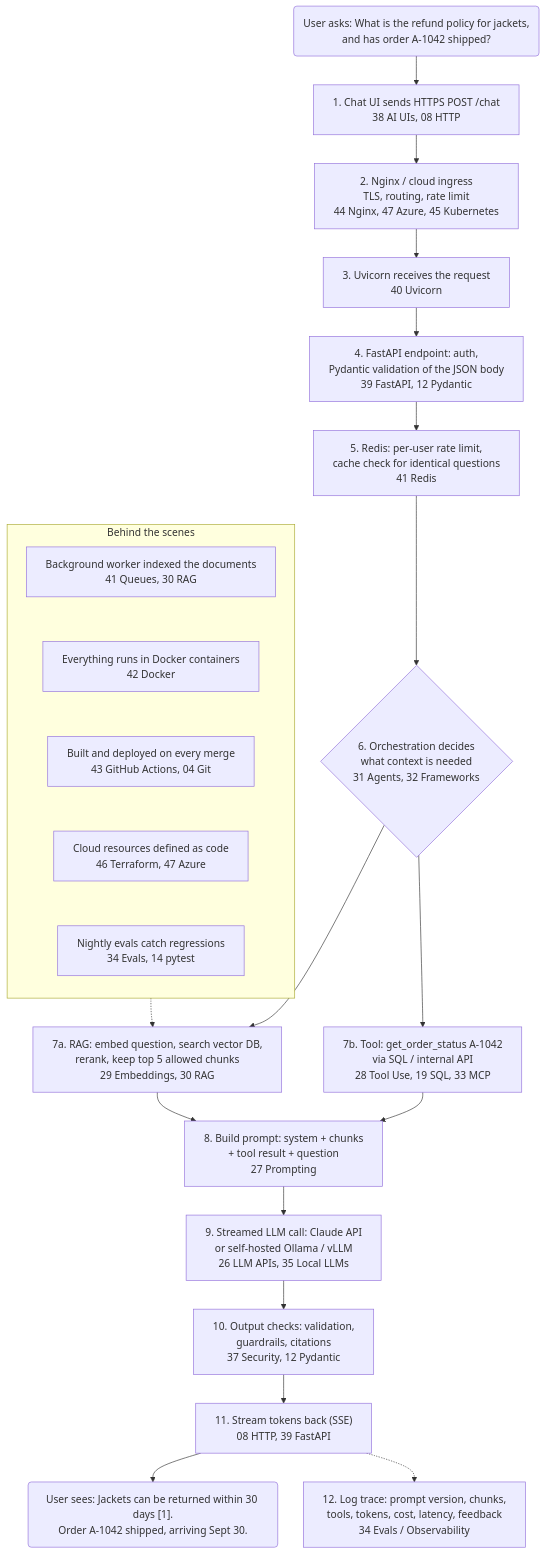
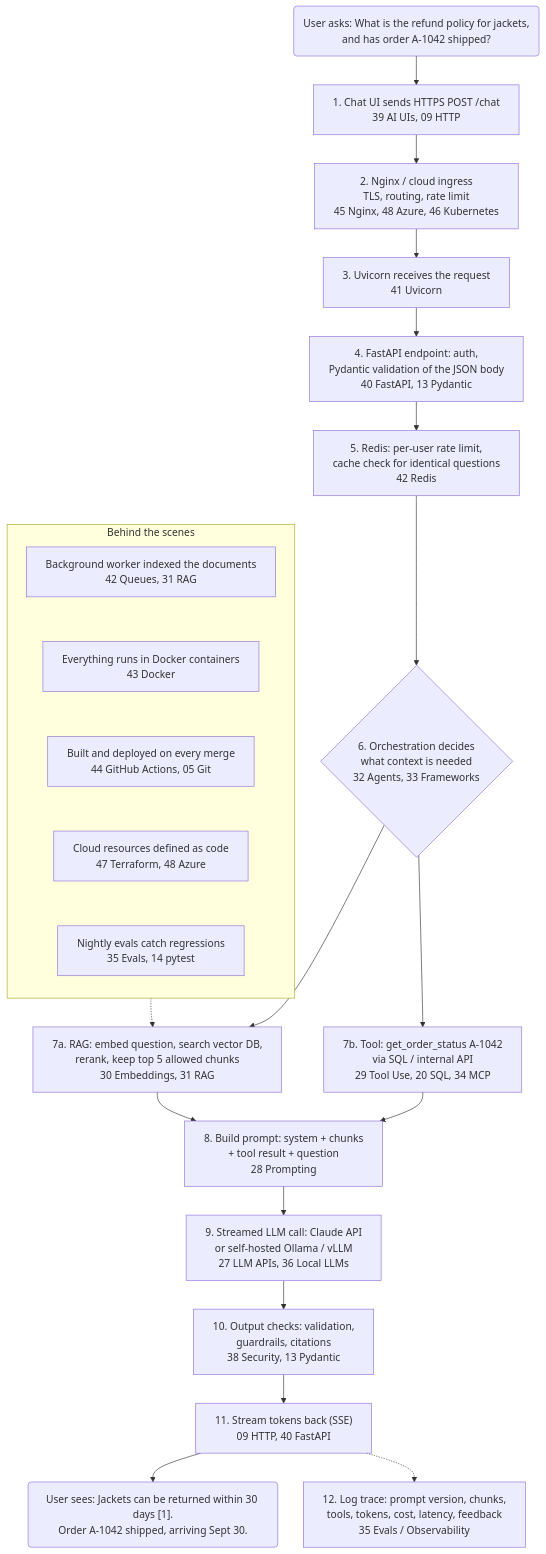
Before and after one commit to harmandeep2993/cheatsheet: the first of 3 diagrams in guides/00_big-picture.md, drawn with Mermaid. The commit also changed other lines of this file and 5 other files, not shown here.

First line of the commit message:
docs(big-picture): draw the lifecycle diagrams and fix stale guide numbers

````diff
--- a/guides/00_big-picture.md
+++ b/guides/00_big-picture.md
@@ -90,36 +90,36 @@
 ```mermaid
 %%{init: {"flowchart": {"wrappingWidth": 360, "nodeSpacing": 40, "rankSpacing": 45}}}%%
 flowchart TD
     Q("User asks: What is the refund policy for jackets,<br/>and has order A-1042 shipped?")
-    UI["1. Chat UI sends HTTPS POST /chat<br/>38 AI UIs, 08 HTTP"]
-    EDGE["2. Nginx / cloud ingress<br/>TLS, routing, rate limit<br/>44 Nginx, 47 Azure, 45 Kubernetes"]
-    SRV["3. Uvicorn receives the request<br/>40 Uvicorn"]
-    API["4. FastAPI endpoint: auth,<br/>Pydantic validation of the JSON body<br/>39 FastAPI, 12 Pydantic"]
-    CACHE["5. Redis: per-user rate limit,<br/>cache check for identical questions<br/>41 Redis"]
-    ORCH{"6. Orchestration decides<br/>what context is needed<br/>31 Agents, 32 Frameworks"}
-    RAG["7a. RAG: embed question, search vector DB,<br/>rerank, keep top 5 allowed chunks<br/>29 Embeddings, 30 RAG"]
-    TOOL["7b. Tool: get_order_status A-1042<br/>via SQL / internal API<br/>28 Tool Use, 19 SQL, 33 MCP"]
-    PROMPT["8. Build prompt: system + chunks<br/>+ tool result + question<br/>27 Prompting"]
-    LLM["9. Streamed LLM call: Claude API<br/>or self-hosted Ollama / vLLM<br/>26 LLM APIs, 35 Local LLMs"]
-    CHECK["10. Output checks: validation,<br/>guardrails, citations<br/>37 Security, 12 Pydantic"]
-    STREAM["11. Stream tokens back (SSE)<br/>08 HTTP, 39 FastAPI"]
-    LOG["12. Log trace: prompt version, chunks,<br/>tools, tokens, cost, latency, feedback<br/>34 Evals / Observability"]
+    UI["1. Chat UI sends HTTPS POST /chat<br/>39 AI UIs, 09 HTTP"]
+    EDGE["2. Nginx / cloud ingress<br/>TLS, routing, rate limit<br/>45 Nginx, 48 Azure, 46 Kubernetes"]
+    SRV["3. Uvicorn receives the request<br/>41 Uvicorn"]
+    API["4. FastAPI endpoint: auth,<br/>Pydantic validation of the JSON body<br/>40 FastAPI, 13 Pydantic"]
+    CACHE["5. Redis: per-user rate limit,<br/>cache check for identical questions<br/>42 Redis"]
+    ORCH{"6. Orchestration decides<br/>what context is needed<br/>32 Agents, 33 Frameworks"}
+    RAG["7a. RAG: embed question, search vector DB,<br/>rerank, keep top 5 allowed chunks<br/>30 Embeddings, 31 RAG"]
+    TOOL["7b. Tool: get_order_status A-1042<br/>via SQL / internal API<br/>29 Tool Use, 20 SQL, 34 MCP"]
+    PROMPT["8. Build prompt: system + chunks<br/>+ tool result + question<br/>28 Prompting"]
+    LLM["9. Streamed LLM call: Claude API<br/>or self-hosted Ollama / vLLM<br/>27 LLM APIs, 36 Local LLMs"]
+    CHECK["10. Output checks: validation,<br/>guardrails, citations<br/>38 Security, 13 Pydantic"]
+    STREAM["11. Stream tokens back (SSE)<br/>09 HTTP, 40 FastAPI"]
+    LOG["12. Log trace: prompt version, chunks,<br/>tools, tokens, cost, latency, feedback<br/>35 Evals / Observability"]
     A("User sees: Jackets can be returned within 30 days [1].<br/>Order A-1042 shipped, arriving Sept 30.")
 
     Q --> UI --> EDGE --> SRV --> API --> CACHE --> ORCH
     ORCH --> RAG --> PROMPT
     ORCH --> TOOL --> PROMPT
     PROMPT --> LLM --> CHECK --> STREAM --> A
     STREAM -.-> LOG
 
     subgraph BEHIND ["Behind the scenes"]
         direction TB
-        IDX["Background worker indexed the documents<br/>41 Queues, 30 RAG"]
-        DOCK["Everything runs in Docker containers<br/>42 Docker"]
-        CICD["Built and deployed on every merge<br/>43 GitHub Actions, 04 Git"]
-        IAC["Cloud resources defined as code<br/>46 Terraform, 47 Azure"]
-        EVAL["Nightly evals catch regressions<br/>34 Evals, 14 pytest"]
+        IDX["Background worker indexed the documents<br/>42 Queues, 31 RAG"]
+        DOCK["Everything runs in Docker containers<br/>43 Docker"]
+        CICD["Built and deployed on every merge<br/>44 GitHub Actions, 05 Git"]
+        IAC["Cloud resources defined as code<br/>47 Terraform, 48 Azure"]
+        EVAL["Nightly evals catch regressions<br/>35 Evals, 14 pytest"]
     end
     IDX ~~~ DOCK ~~~ CICD ~~~ IAC ~~~ EVAL
     IDX -.-> RAG
 ```
````
